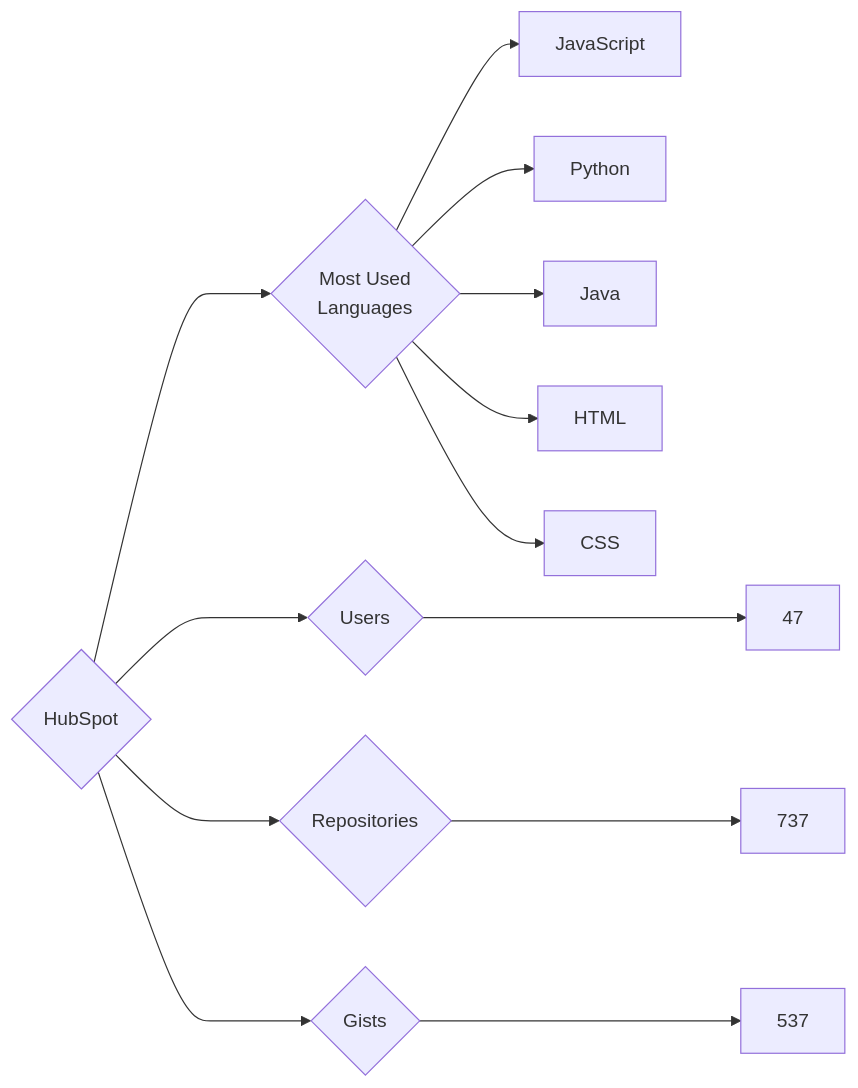
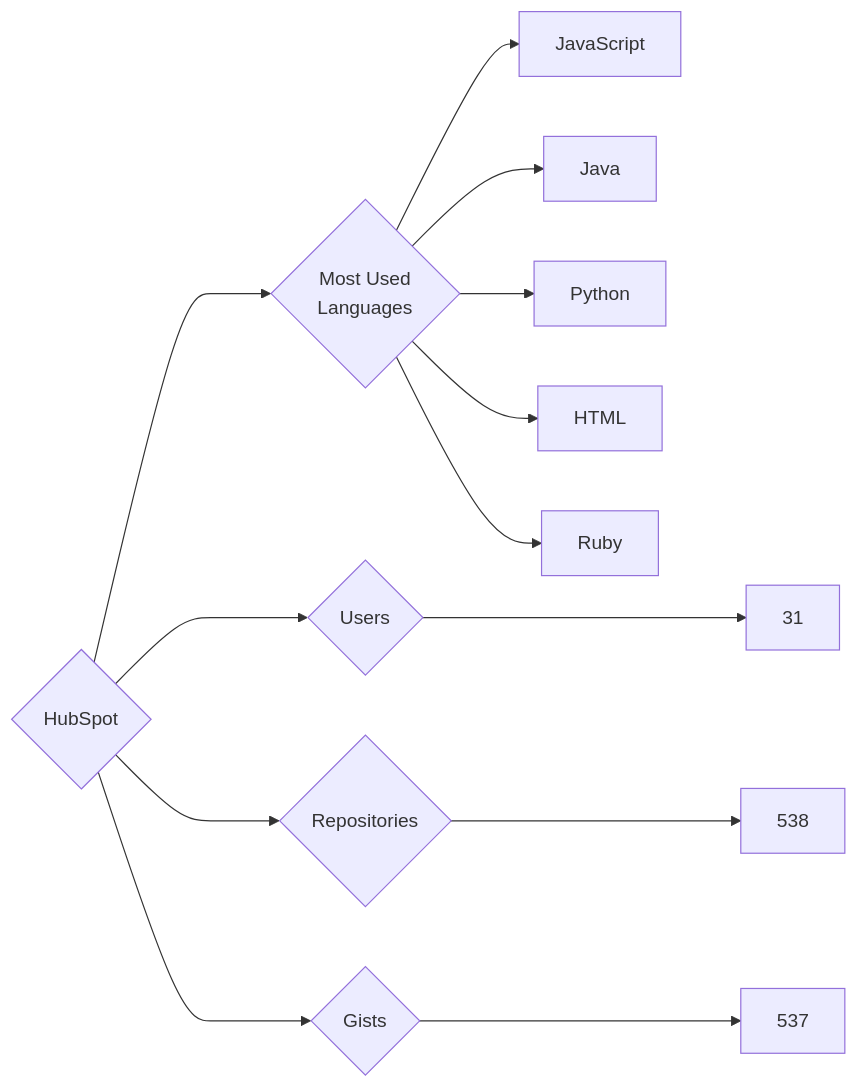
One commit to trickest/insiders changed the diagram in targets/HubSpot/README.md. Above: the diagram before and after it, drawn with Mermaid. The commit also changed 899 other files, not shown here.

````diff
--- a/targets/HubSpot/README.md
+++ b/targets/HubSpot/README.md
@@ -3,13 +3,13 @@
 ```mermaid
 graph LR
 COMPANY_NAME{HubSpot}
-COMPANY_NAME ---> U{Users} ---> UN[47]
-COMPANY_NAME ---> R{Repositories} ---> RN[737]
+COMPANY_NAME ---> U{Users} ---> UN[31]
+COMPANY_NAME ---> R{Repositories} ---> RN[538]
 COMPANY_NAME ---> G{Gists} ---> GN[537]
 COMPANY_NAME ---> ML{Most Used<br>Languages}
 ML --> JavaScript[JavaScript]
+ML --> Java[Java]
 ML --> Python[Python]
-ML --> Java[Java]
 ML --> HTML[HTML]
-ML --> CSS[CSS]
+ML --> Ruby[Ruby]
 ```
````
